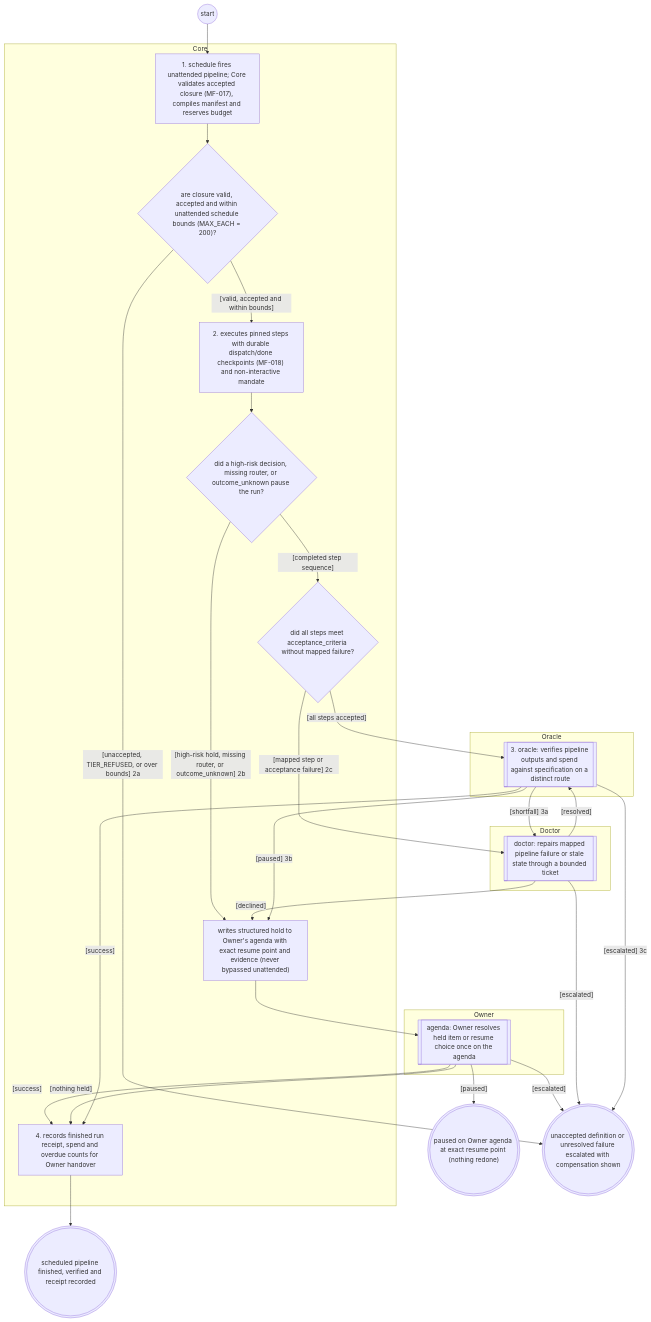
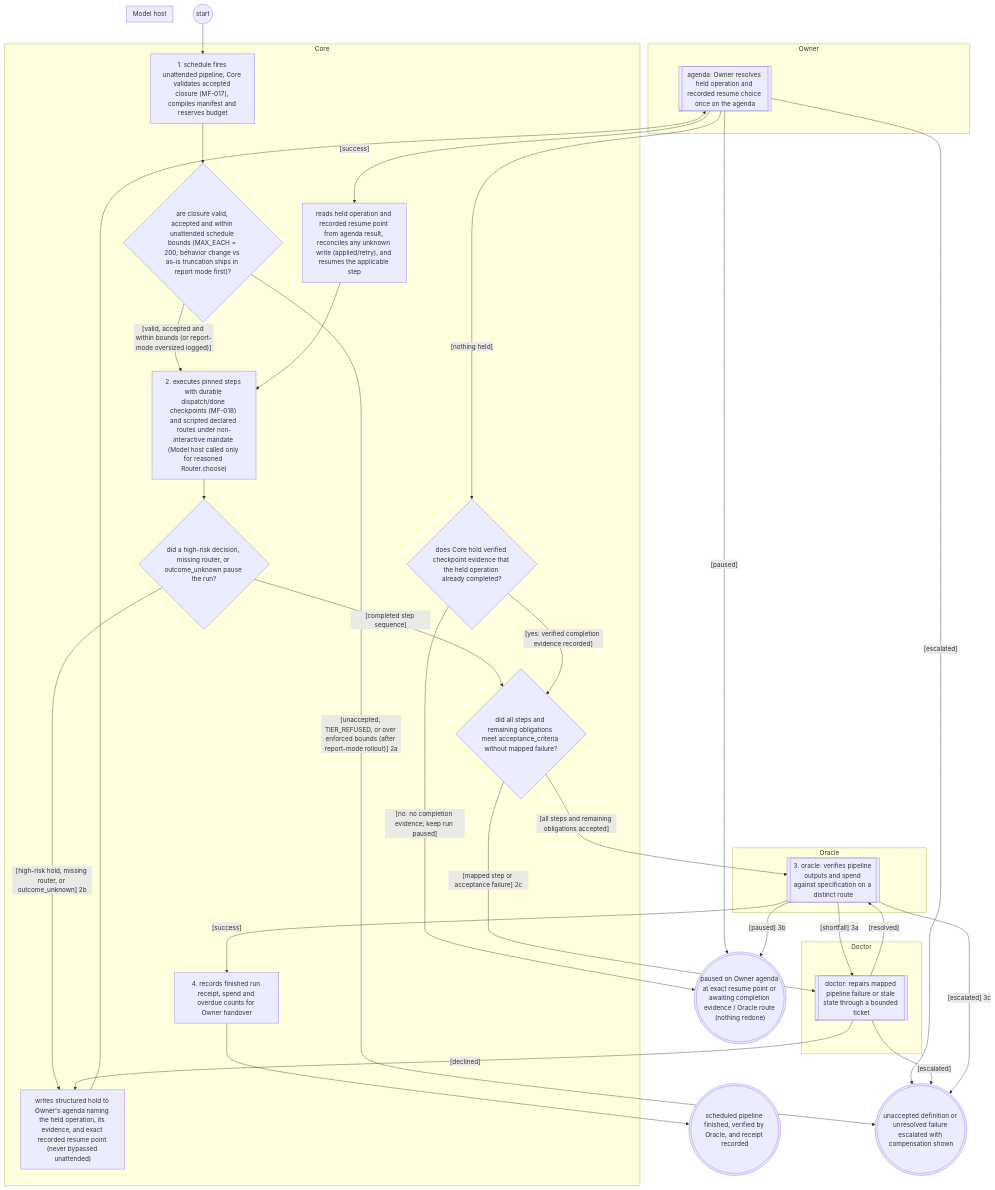
The diagram in reports/2026-11-25-systems-analysis-finalisation/librarian/to-be/views/scheduled-pipeline.views.md (Jake36999/Librarian_V2), drawn with Mermaid before and after one commit. The commit also changed other lines of this file and 35 other files, not shown here.

Commit message:
docs(brief5,brief2): fix UC10-UC16 Oracle/resume semantics and qualify repo adoption

````diff
--- a/reports/2026-11-25-systems-analysis-finalisation/librarian/to-be/views/scheduled-pipeline.views.md
+++ b/reports/2026-11-25-systems-analysis-finalisation/librarian/to-be/views/scheduled-pipeline.views.md
@@ -76,48 +71,55 @@
 ```mermaid
 flowchart TD
   subgraph Owner["Owner"]
-    ref_agenda[["agenda: Owner resolves held item or resume choice once on the agenda"]]
+    ref_agenda[["agenda: Owner resolves held operation and recorded resume choice once on the agenda"]]
   end
   subgraph Core["Core"]
     trigger["1. schedule fires unattended pipeline; Core validates accepted closure (MF-017), compiles manifest and reserves budget"]
-    dmandate{"are closure valid, accepted and within unattended schedule bounds (MAX_EACH = 200)?"}
-    run["2. executes pinned steps with durable dispatch/done checkpoints (MF-018) and non-interactive mandate"]
+    dmandate{"are closure valid, accepted and within unattended schedule bounds (MAX_EACH = 200; behavior change vs as-is truncation ships in report mode first)?"}
+    run["2. executes pinned steps with durable dispatch/done checkpoints (MF-018) and scripted declared routes under non-interactive mandate (Model host called only for reasoned Router.choose)"]
     dhold{"did a high-risk decision, missing router, or outcome_unknown pause the run?"}
-    holditem["writes structured hold to Owner's agenda with exact resume point and evidence (never bypassed unattended)"]
-    dstep{"did all steps meet acceptance_criteria without mapped failure?"}
+    holditem["writes structured hold to Owner's agenda naming the held operation, its evidence, and exact recorded resume point (never bypassed unattended)"]
+    reconcile["reads held operation and recorded resume point from agenda result, reconciles any unknown write (applied/retry), and resumes the applicable step"]
+    devidence{"does Core hold verified checkpoint evidence that the held operation already completed?"}
+    dstep{"did all steps and remaining obligations meet acceptance_criteria without mapped failure?"}
     receipt["4. records finished run receipt, spend and overdue counts for Owner handover"]
+  end
+  subgraph Model_host["Model host"]
   end
   subgraph Oracle["Oracle"]
     ref_oracle[["3. oracle: verifies pipeline outputs and spend against specification on a distinct route"]]
   end
   subgraph Doctor["Doctor"]
     ref_doctor[["doctor: repairs mapped pipeline failure or stale state through a bounded ticket"]]
   end
   s(("start"))
-  e1((("scheduled pipeline finished, verified and receipt recorded")))
-  e_paused((("paused on Owner agenda at exact resume point (nothing redone)")))
+  e1((("scheduled pipeline finished, verified by Oracle, and receipt recorded")))
+  e_paused((("paused on Owner agenda at exact resume point or awaiting completion evidence / Oracle route (nothing redone)")))
   e_escalated((("unaccepted definition or unresolved failure escalated with compensation shown")))
   s --> trigger
   trigger --> dmandate
-  dmandate -->|"[valid, accepted and within bounds]"| run
-  dmandate -->|"[unaccepted, TIER_REFUSED, or over bounds] 2a"| e_escalated
+  dmandate -->|"[valid, accepted and within bounds (or report-mode oversized logged)]"| run
+  dmandate -->|"[unaccepted, TIER_REFUSED, or over enforced bounds (after report-mode rollout)] 2a"| e_escalated
   run --> dhold
   dhold -->|"[completed step sequence]"| dstep
   dhold -->|"[high-risk hold, missing router, or outcome_unknown] 2b"| holditem
   holditem --> ref_agenda
-  ref_agenda -->|"[success]"| receipt
-  ref_agenda -->|"[nothing held]"| receipt
+  ref_agenda -->|"[success]"| reconcile
+  reconcile --> run
+  ref_agenda -->|"[nothing held]"| devidence
+  devidence -->|"[yes: verified completion evidence recorded]"| dstep
+  devidence -->|"[no: no completion evidence; keep run paused]"| e_paused
   ref_agenda -->|"[paused]"| e_paused
   ref_agenda -->|"[escalated]"| e_escalated
-  dstep -->|"[all steps accepted]"| ref_oracle
+  dstep -->|"[all steps and remaining obligations accepted]"| ref_oracle
   dstep -->|"[mapped step or acceptance failure] 2c"| ref_doctor
   ref_doctor -->|"[resolved]"| ref_oracle
   ref_doctor -->|"[declined]"| holditem
   ref_doctor -->|"[escalated]"| e_escalated
   ref_oracle -->|"[success]"| receipt
   ref_oracle -->|"[shortfall] 3a"| ref_doctor
-  ref_oracle -->|"[paused] 3b"| holditem
+  ref_oracle -->|"[paused] 3b"| e_paused
   ref_oracle -->|"[escalated] 3c"| e_escalated
   receipt --> e1
   classDef ext stroke:#d9534f,stroke-width:2px
 ```
````
